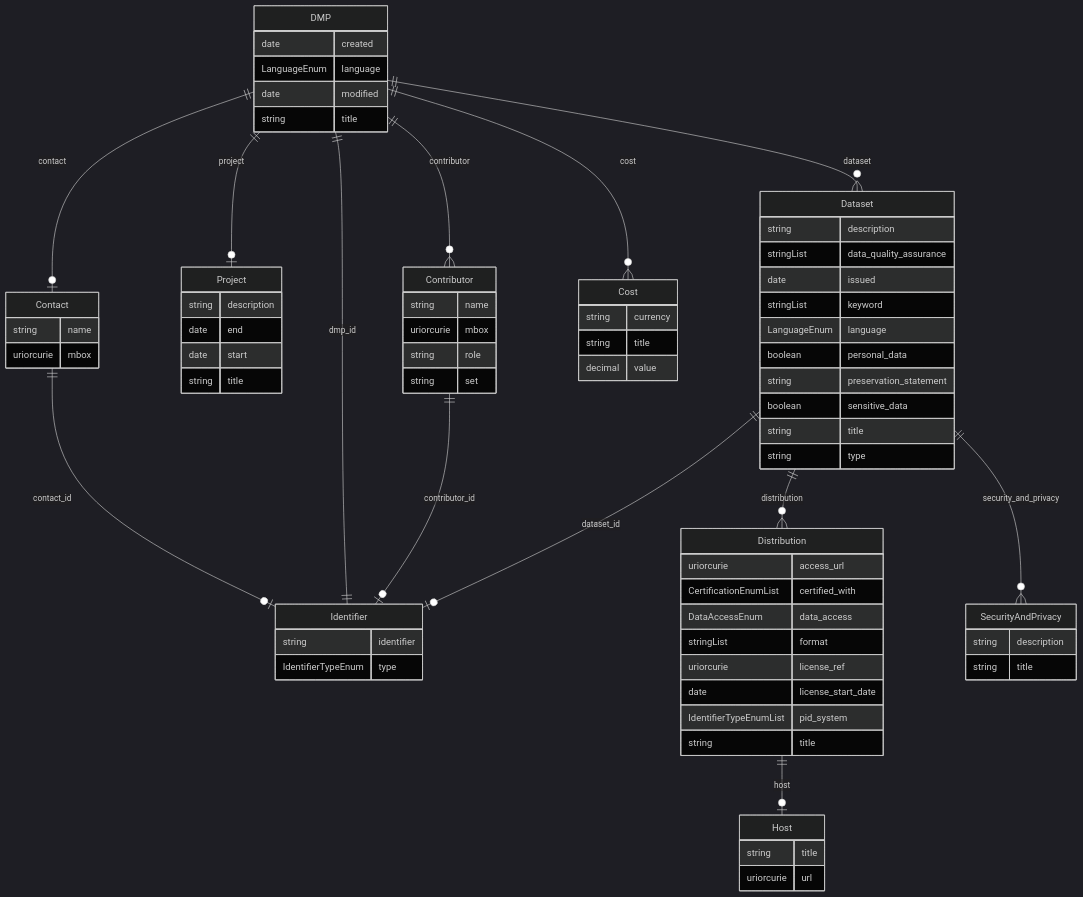
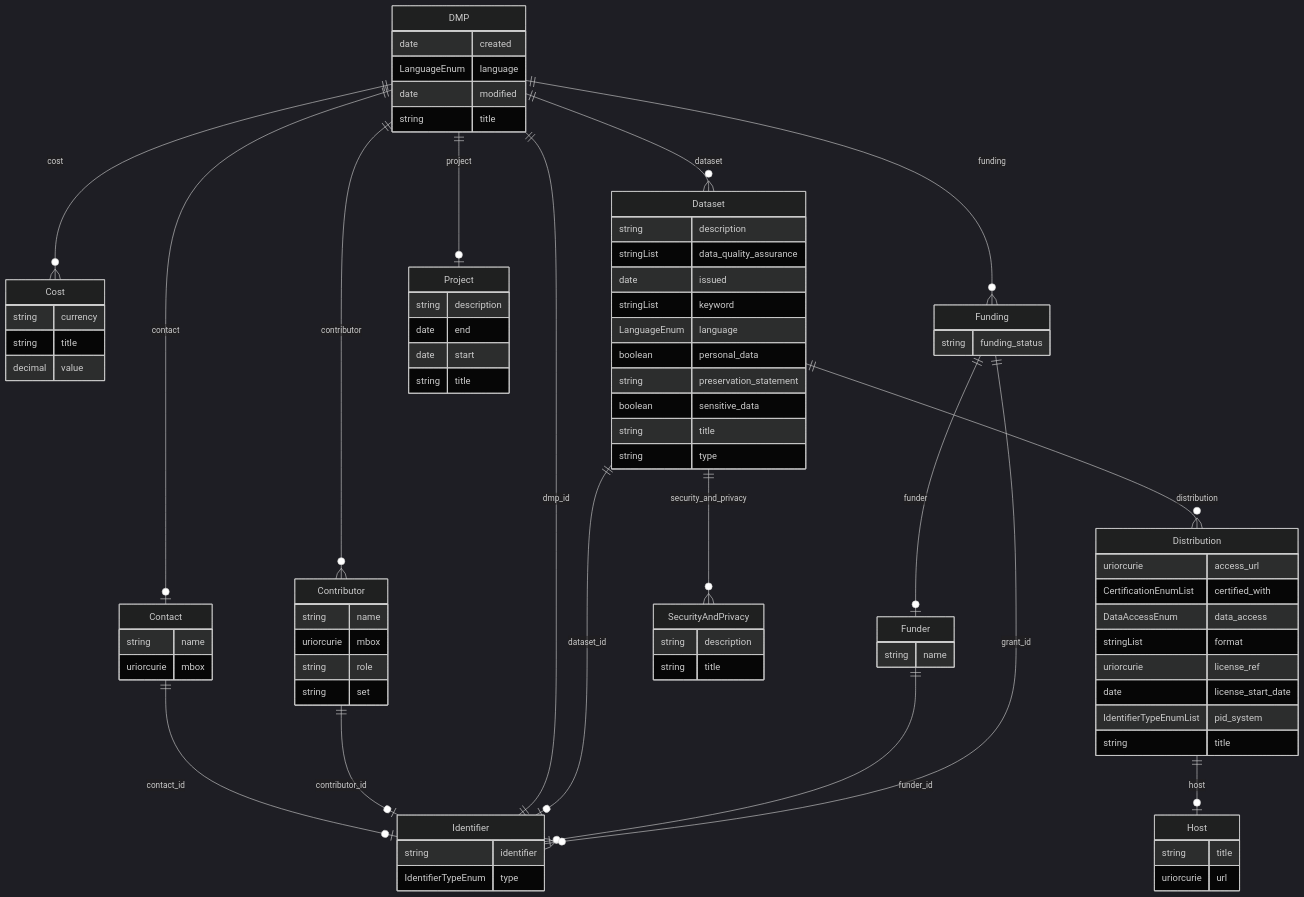
One commit to EnergyDataOrchestrator/regimo-infrastructure changed the diagram in fuseki-proto/inputs/linkml/05_P05_S05_madmp-erd.mmd. Above: the diagram before and after it, drawn with Mermaid (dark theme). The commit also changed 23 other files, not shown here.

First line of the commit message:
fuseki-proto: internal format funder/funding extension (P43-P47)

````diff
--- a/fuseki-proto/inputs/linkml/05_P05_S05_madmp-erd.mmd
+++ b/fuseki-proto/inputs/linkml/05_P05_S05_madmp-erd.mmd
@@ -43,6 +43,12 @@
     IdentifierTypeEnumList pid_system  
     string title  
 }
+Funder {
+    string name  
+}
+Funding {
+    string funding_status  
+}
 Host {
     string title  
     uriorcurie url  
@@ -70,9 +76,13 @@
 DMP ||--}o Contributor : "contributor"
 DMP ||--}o Cost : "cost"
 DMP ||--}o Dataset : "dataset"
+DMP ||--}o Funding : "funding"
 Dataset ||--|o Identifier : "dataset_id"
 Dataset ||--}o Distribution : "distribution"
 Dataset ||--}o SecurityAndPrivacy : "security_and_privacy"
 Distribution ||--|o Host : "host"
+Funder ||--|o Identifier : "funder_id"
+Funding ||--|o Funder : "funder"
+Funding ||--}o Identifier : "grant_id"
 
 ```
````
